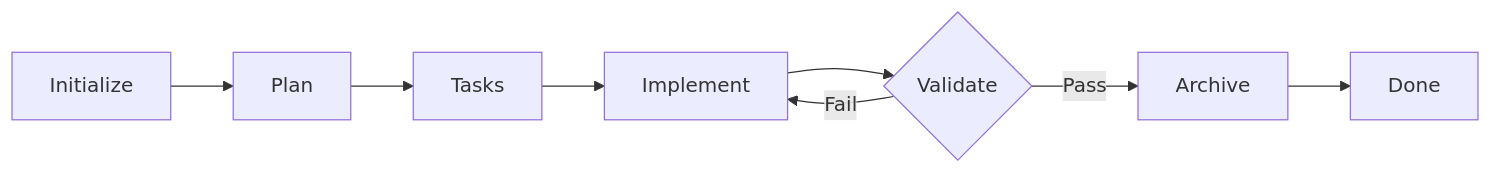
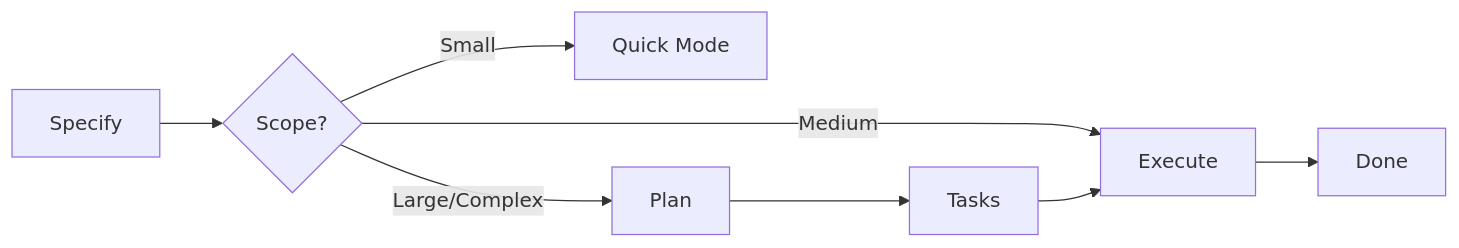
One commit to adeonir/agent-skills changed the diagram in skills/(development)/spec-driven/README.md. Above: the diagram before and after it, drawn with Mermaid. The commit also changed other lines of this file and 22 other files, not shown here.

````diff
--- a/skills/(development)/spec-driven/README.md
+++ b/skills/(development)/spec-driven/README.md
@@ -15,10 +15,10 @@
 ```mermaid
 flowchart LR
-    A[Initialize] --> D[Plan]
+    A[Specify] --> B{Scope?}
+    B -->|Small| C[Quick Mode]
+    B -->|Medium| F[Execute]
+    B -->|Large/Complex| D[Plan]
     D --> E[Tasks]
-    E --> F[Implement]
-    F --> G{Validate}
-    G -->|Pass| H[Archive]
-    G -->|Fail| F
-    H --> I[Done]
+    E --> F
+    F --> G[Done]
 ```
````
